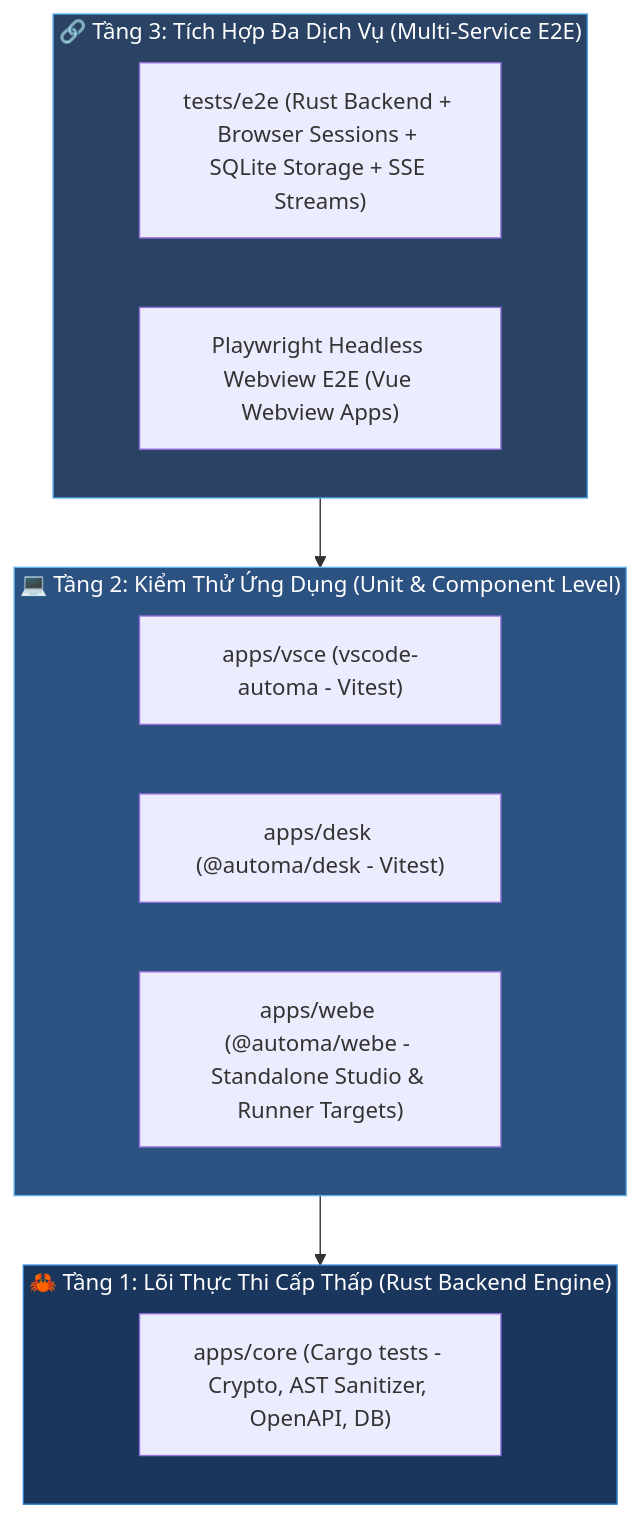
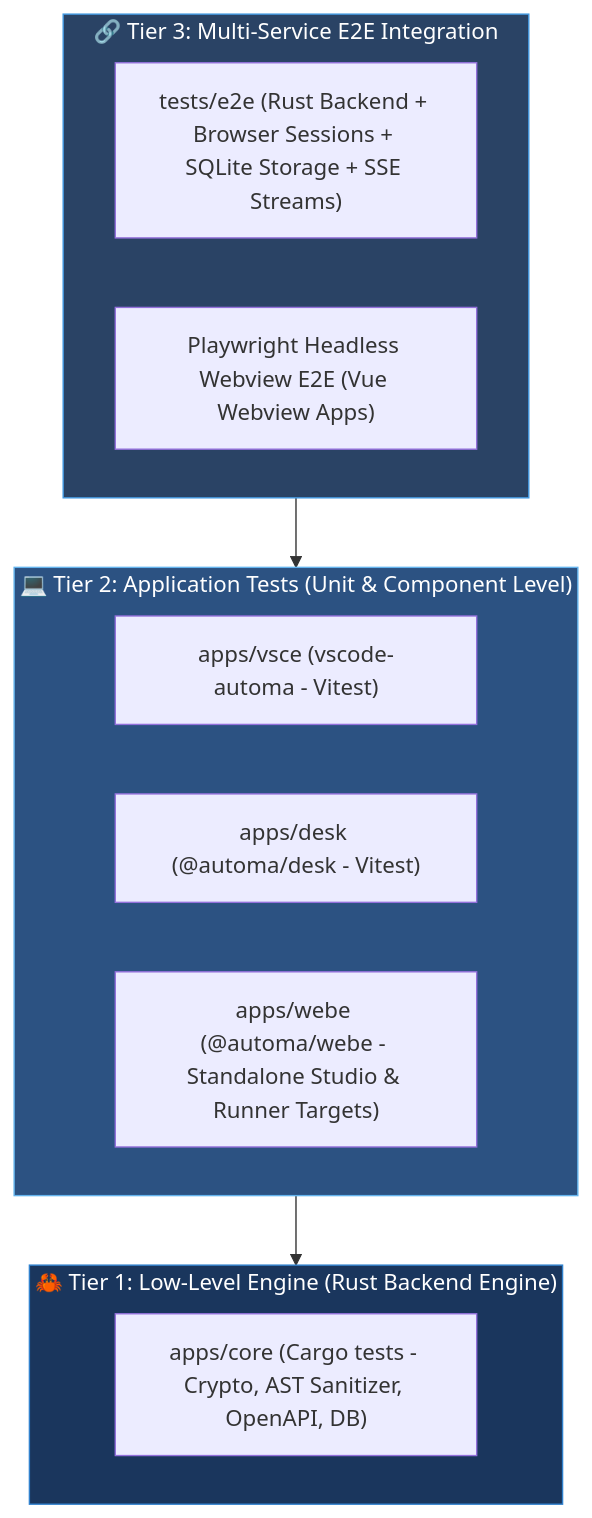
Before and after one commit to tuquet/automa: the diagram in docs/TEST_MATRIX.md, drawn with Mermaid. The commit also changed other lines of this file and 26 other files, not shown here.

````diff
--- a/docs/TEST_MATRIX.md
+++ b/docs/TEST_MATRIX.md
@@ -9,24 +9,24 @@
 ```mermaid
 graph TD
-    subgraph E2E["🔗 Tầng 3: Tích Hợp Đa Dịch Vụ (Multi-Service E2E)"]
+    subgraph E2E["🔗 Tier 3: Multi-Service E2E Integration"]
         RootE2E["tests/e2e (Rust Backend + Browser Sessions + SQLite Storage + SSE Streams)"]
         WVE2E["Playwright Headless Webview E2E (Vue Webview Apps)"]
     end
 
-    subgraph Unit_Integration["💻 Tầng 2: Kiểm Thử Ứng Dụng (Unit & Component Level)"]
+    subgraph Unit_Integration["💻 Tier 2: Application Tests (Unit & Component Level)"]
         VSCode["apps/vsce (vscode-automa - Vitest)"]
         DeskApp["apps/desk (@automa/desk - Vitest)"]
         ExtBuild["apps/webe (@automa/webe - Standalone Studio & Runner Targets)"]
     end
 
-    subgraph Core_Engine["🦀 Tầng 1: Lõi Thực Thi Cấp Thấp (Rust Backend Engine)"]
+    subgraph Core_Engine["🦀 Tier 1: Low-Level Engine (Rust Backend Engine)"]
         Core["apps/core (Cargo tests - Crypto, AST Sanitizer, OpenAPI, DB)"]
     end
 
     E2E --> Unit_Integration
     Unit_Integration --> Core_Engine
 
     style E2E fill:#2a4365,stroke:#4299e1,color:#fff
     style Unit_Integration fill:#2c5282,stroke:#63b3ed,color:#fff
     style Core_Engine fill:#1a365d,stroke:#3182ce,color:#fff
 ```
````
